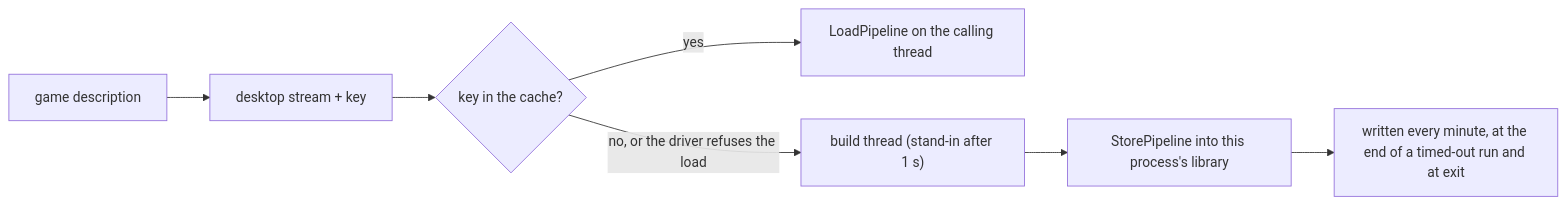
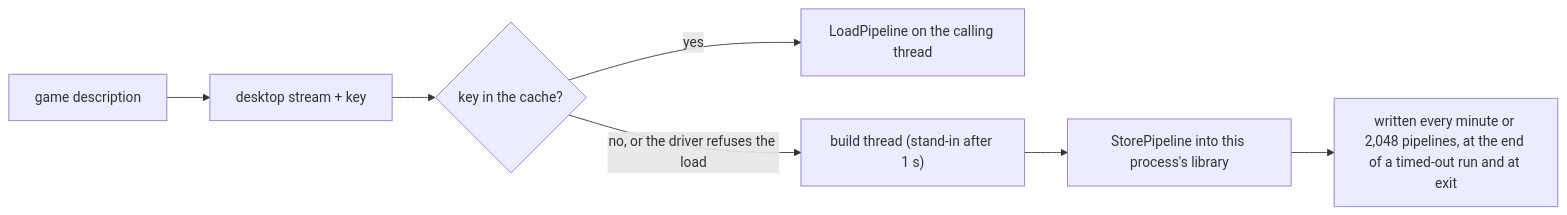
One commit to Elijah-J/five-star-recomp changed the second of 3 diagrams in docs/d3d12x-pipelines.md. Above: the diagram before and after it, drawn with Mermaid. The commit also changed other lines of this file and 1 other file, not shown here.

Commit message:
Loader: write the pipeline cache every 2,048 new pipelines and keep segments at 256 MiB
A boot builds tens of thousands of pipelines in its first seconds; writing by count keeps the in-memory library small and writes each pipeline at most twice.

````diff
--- a/docs/d3d12x-pipelines.md
+++ b/docs/d3d12x-pipelines.md
@@ -85,9 +85,9 @@
 ```mermaid
 flowchart LR
   desc["game description"] --> stream["desktop stream + key"]
   stream --> hit{"key in the cache?"}
   hit -->|"yes"| load["LoadPipeline on the calling thread"]
   hit -->|"no, or the driver refuses the load"| build["build thread (stand-in after 1 s)"]
   build --> store["StorePipeline into this process's library"]
-  store --> file["written every minute, at the end of a timed-out run and at exit"]
+  store --> file["written every minute or 2,048 pipelines, at the end of a timed-out run and at exit"]
 ```
````
